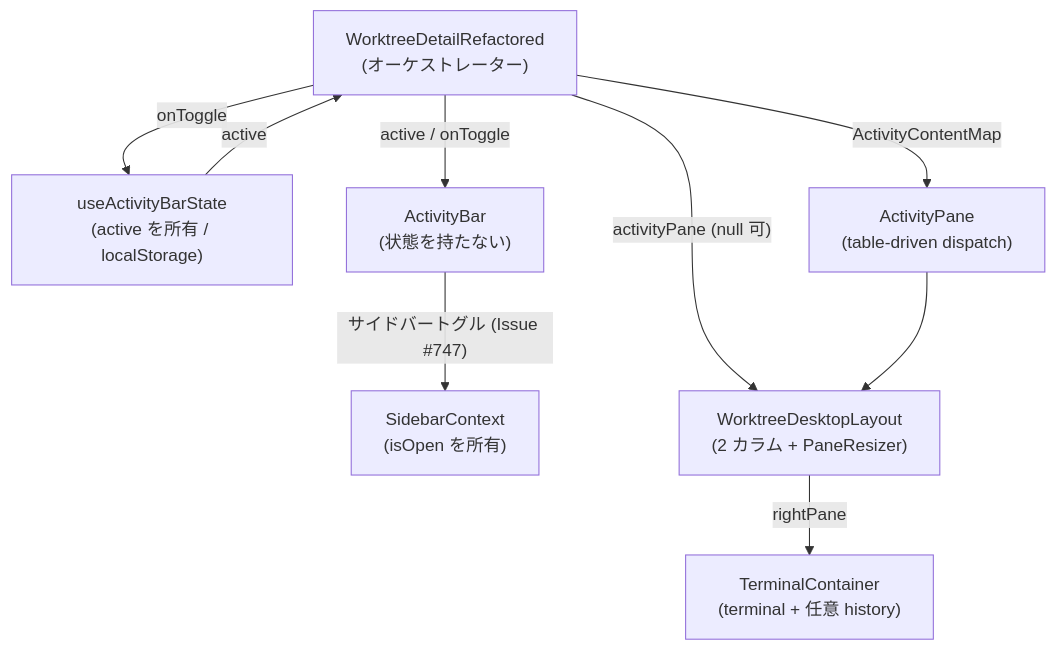
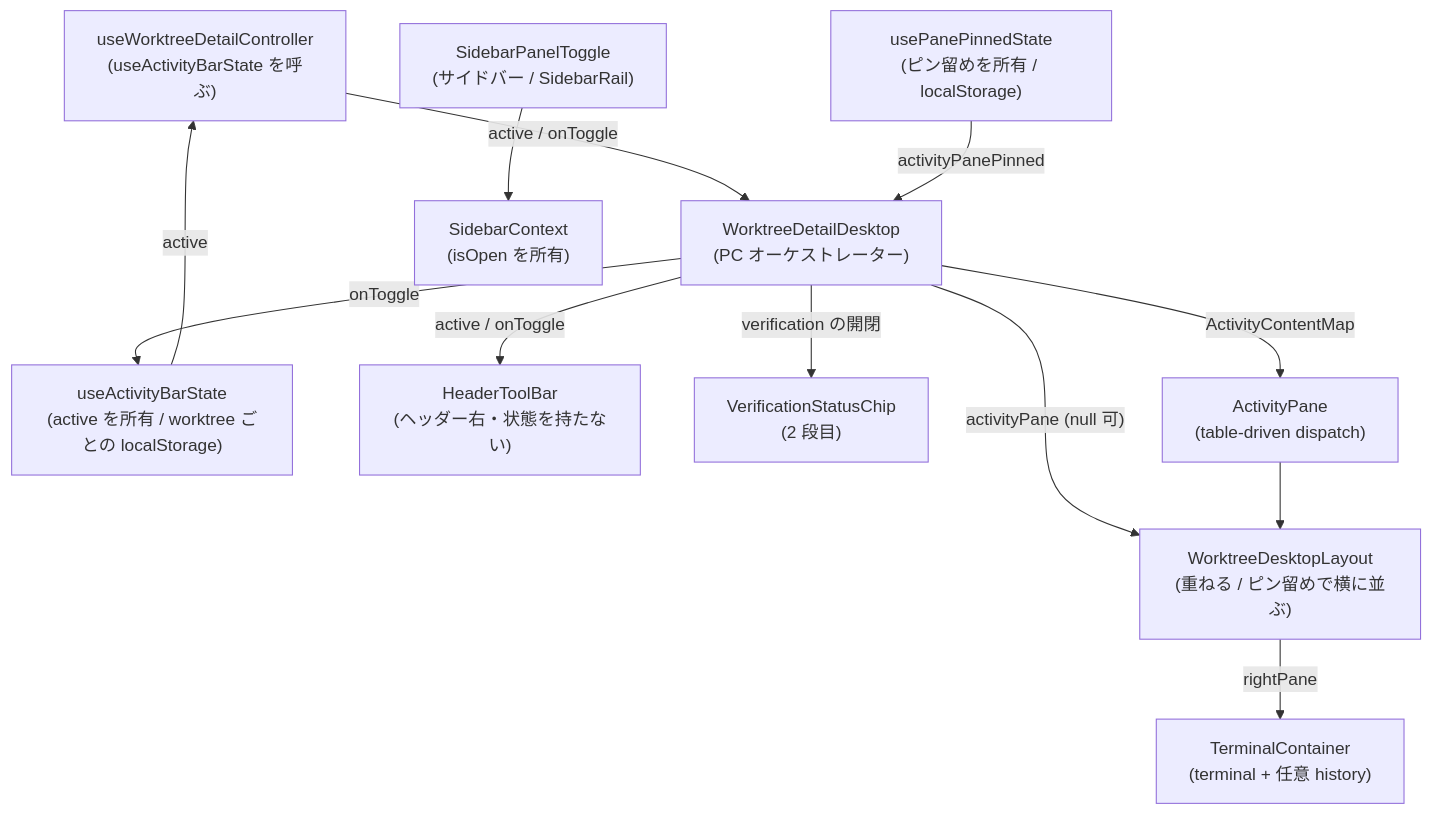
Before and after one commit to Kewton/CommandMate: the fourth of 5 diagrams in docs/architecture.md, drawn with Mermaid. The commit also changed other lines of this file and 345 other files, not shown here.

````diff
--- a/docs/architecture.md
+++ b/docs/architecture.md
@@ -881,19 +886,26 @@
 ```mermaid
 graph TD
-    Parent["WorktreeDetailRefactored<br/>(オーケストレーター)"]
-    ActState["useActivityBarState<br/>(active を所有 / localStorage)"]
+    Ctrl["useWorktreeDetailController<br/>(useActivityBarState を呼ぶ)"]
+    Parent["WorktreeDetailDesktop<br/>(PC オーケストレーター)"]
+    ActState["useActivityBarState<br/>(active を所有 / worktree ごとの localStorage)"]
+    PinState["usePanePinnedState<br/>(ピン留めを所有 / localStorage)"]
     SideCtx["SidebarContext<br/>(isOpen を所有)"]
-    Bar["ActivityBar<br/>(状態を持たない)"]
+    SideToggle["SidebarPanelToggle<br/>(サイドバー / SidebarRail)"]
+    Tools["HeaderToolBar<br/>(ヘッダー右・状態を持たない)"]
+    Chip["VerificationStatusChip<br/>(2 段目)"]
     Pane["ActivityPane<br/>(table-driven dispatch)"]
-    Layout["WorktreeDesktopLayout<br/>(2 カラム + PaneResizer)"]
+    Layout["WorktreeDesktopLayout<br/>(重ねる / ピン留めで横に並ぶ)"]
     Term["TerminalContainer<br/>(terminal + 任意 history)"]
 
-    ActState -->|active| Parent
+    ActState -->|active| Ctrl
+    Ctrl -->|"active / onToggle"| Parent
     Parent -->|onToggle| ActState
-    Parent -->|active / onToggle| Bar
-    Bar -->|"サイドバートグル (Issue #747)"| SideCtx
+    Parent -->|active / onToggle| Tools
+    Parent -->|"verification の開閉"| Chip
+    PinState -->|activityPanePinned| Parent
+    SideToggle --> SideCtx
     Parent -->|"activityPane (null 可)"| Layout
     Parent -->|"ActivityContentMap"| Pane
     Pane --> Layout
     Layout -->|rightPane| Term
 ```
````
